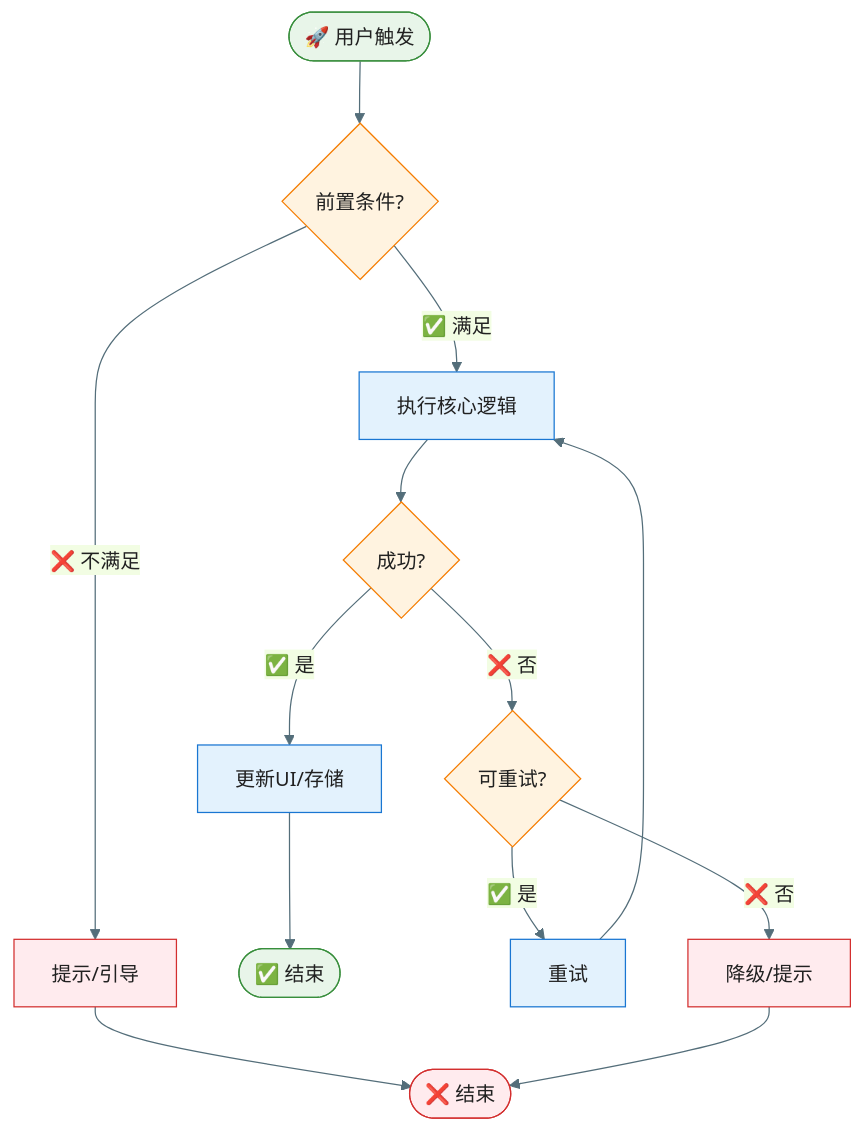
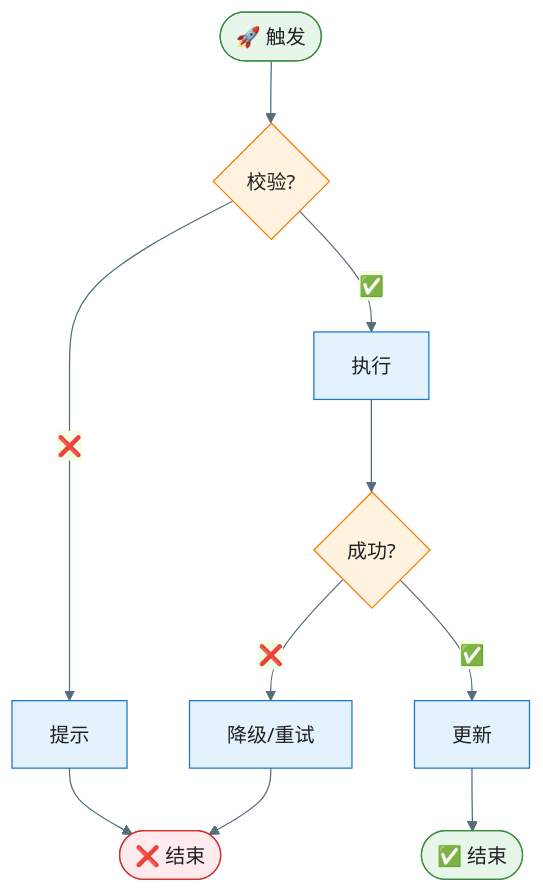
Before and after one commit to jackykarma/Verity: the sixth of 11 diagrams in .specify/templates/plan-template.md, drawn with Mermaid. The commit also changed other lines of this file and 9 other files, not shown here.

````diff
--- a/.specify/templates/plan-template.md
+++ b/.specify/templates/plan-template.md
@@ -387,29 +418,19 @@
 ```mermaid
 %%{init: {'theme': 'base', 'themeVariables': { 'primaryColor': '#E3F2FD', 'primaryTextColor': '#212121', 'primaryBorderColor': '#1976D2', 'lineColor': '#546E7A'}}}%%
 flowchart TD
-    Start([🚀 用户触发]) --> CheckPre{前置条件?}
-    
-    CheckPre -->|❌ 不满足| Guide[提示/引导]
-    Guide --> EndFail([❌ 结束])
-    
-    CheckPre -->|✅ 满足| Execute[执行核心逻辑]
-    Execute --> CheckResult{成功?}
-    
-    CheckResult -->|✅ 是| Update[更新UI/存储]
-    Update --> EndSuccess([✅ 结束])
-    
-    CheckResult -->|❌ 否| CheckRetry{可重试?}
-    CheckRetry -->|✅ 是| Retry[重试]
-    Retry --> Execute
-    CheckRetry -->|❌ 否| Fallback[降级/提示]
-    Fallback --> EndFail
+    Start([🚀 触发]) --> Check{校验?}
+    Check -->|❌| Fail[提示]
+    Fail --> EndFail([❌ 结束])
+    Check -->|✅| Execute[执行]
+    Execute --> Result{成功?}
+    Result -->|✅| Update[更新]
+    Update --> EndOK([✅ 结束])
+    Result -->|❌| Handle[降级/重试]
+    Handle --> EndFail
 
     style Start fill:#E8F5E9,stroke:#388E3C
-    style EndSuccess fill:#E8F5E9,stroke:#388E3C
+    style EndOK fill:#E8F5E9,stroke:#388E3C
     style EndFail fill:#FFEBEE,stroke:#D32F2F
-    style CheckPre fill:#FFF3E0,stroke:#F57C00
-    style CheckResult fill:#FFF3E0,stroke:#F57C00
-    style CheckRetry fill:#FFF3E0,stroke:#F57C00
-    style Guide fill:#FFEBEE,stroke:#D32F2F
-    style Fallback fill:#FFEBEE,stroke:#D32F2F
+    style Check fill:#FFF3E0,stroke:#F57C00
+    style Result fill:#FFF3E0,stroke:#F57C00
 ```
````
